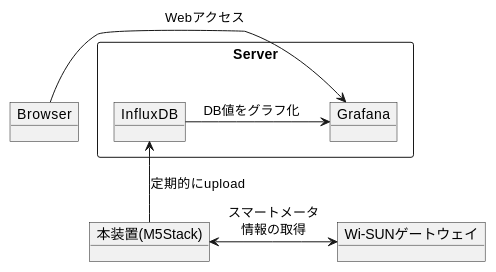
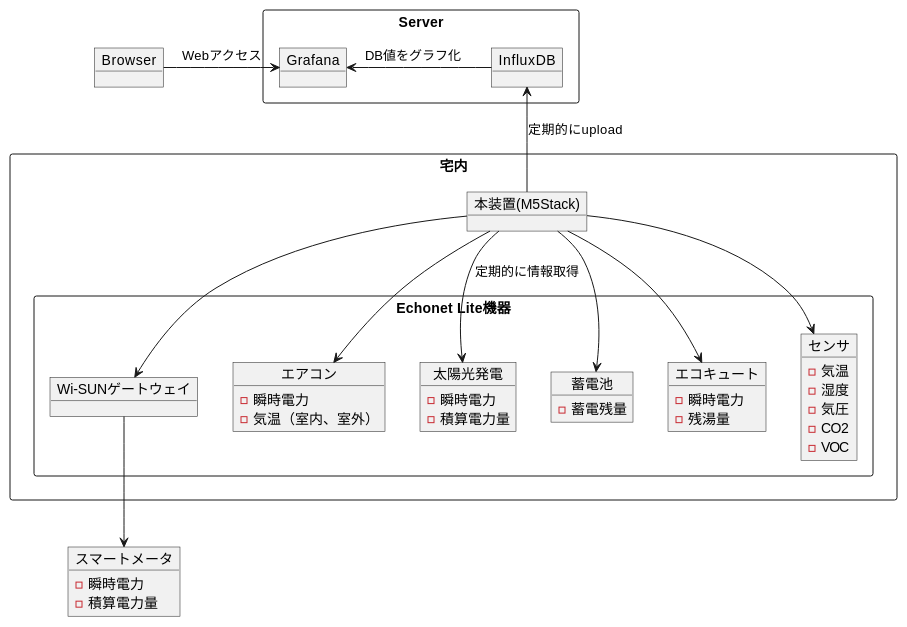
One commit to katsumin/HomeM5 changed the diagram in chart.md. Above: the diagram before and after it, drawn with PlantUML. The commit also changed 5 other files, not shown here.

````diff
--- a/chart.md
+++ b/chart.md
@@ -1,23 +1,50 @@
 ```plantuml
-
-object "Browser" as User{
-
+object "Browser" as User
+rectangle "Server"{
+  object "Grafana" as Grafana
+  object "InfluxDB" as InfluxDB
 }
-rectangle "Server"{
-  object "Grafana" as Grafana{
-  }
-  object "InfluxDB" as InfluxDB{
-  }
+rectangle "宅内" {
+    object "本装置(M5Stack)" as M5Stack
+    rectangle "Echonet Lite機器"{
+        object "Wi-SUNゲートウェイ" as WisunGW
+        object "エアコン" as Aircon{
+            - 瞬時電力
+            - 気温（室内、室外）
+        }
+        object "太陽光発電" as Solar{
+            - 瞬時電力
+            - 積算電力量
+        }
+        object "蓄電池" as Battery{
+            - 蓄電残量
+        }
+        object "エコキュート" as Ecocute {
+            - 瞬時電力
+            - 残湯量
+        }
+        object "センサ" as Sensor{
+            - 気温
+            - 湿度
+            - 気圧
+            - CO2
+            - VOC
+        }
+    }
 }
-object "本装置(M5Stack)" as M5Stack{
-
-}
-object "Wi-SUNゲートウェイ" as WisunGW{
-
+object "スマートメータ" as smartmeter{
+    - 瞬時電力
+    - 積算電力量
 }
 
 User -r-> Grafana : Webアクセス
-Grafana <-l- InfluxDB : DB値をグラフ化　
+Grafana <-r- InfluxDB : DB値をグラフ化　
 M5Stack -u-> InfluxDB : 定期的にupload
-M5Stack <-r-> WisunGW : スマートメータ\n情報の取得
+M5Stack -d-> WisunGW
+WisunGW -d-> smartmeter
+M5Stack -d-> Aircon
+M5Stack -d-> Solar : 定期的に情報取得
+M5Stack -d-> Battery
+M5Stack -d-> Ecocute
+M5Stack -d-> Sensor
 ```
````
